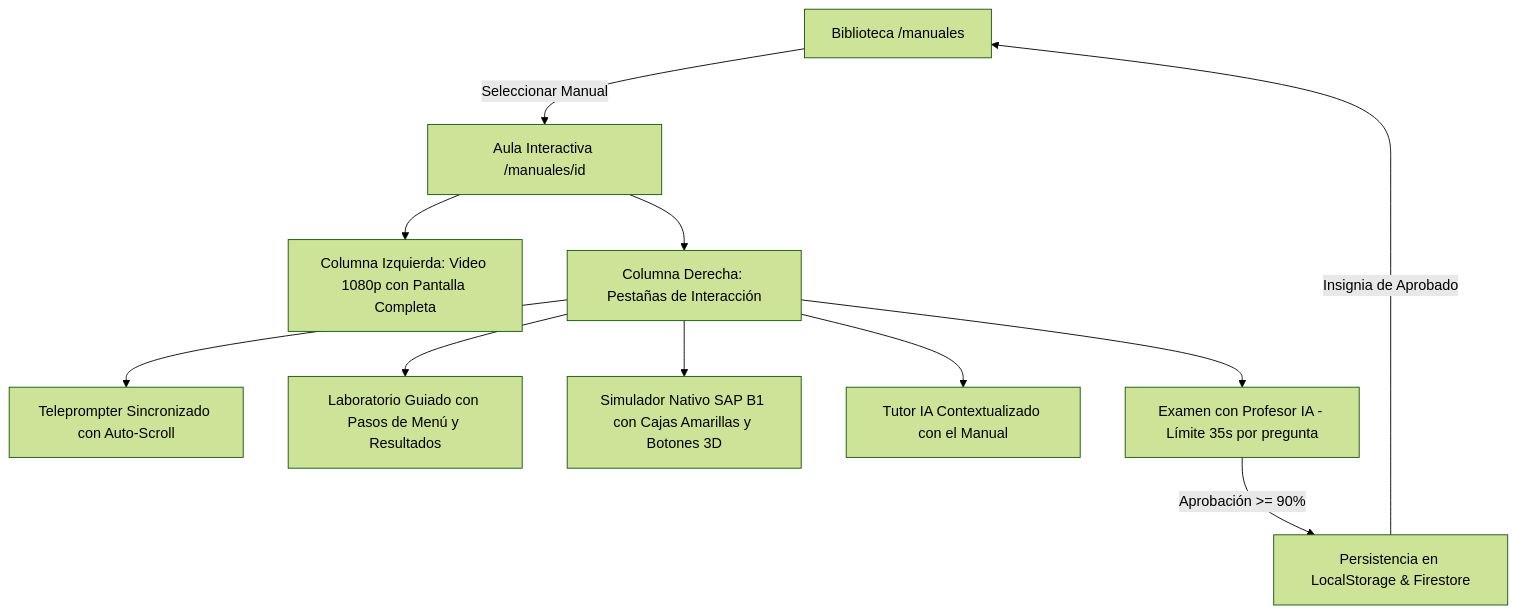
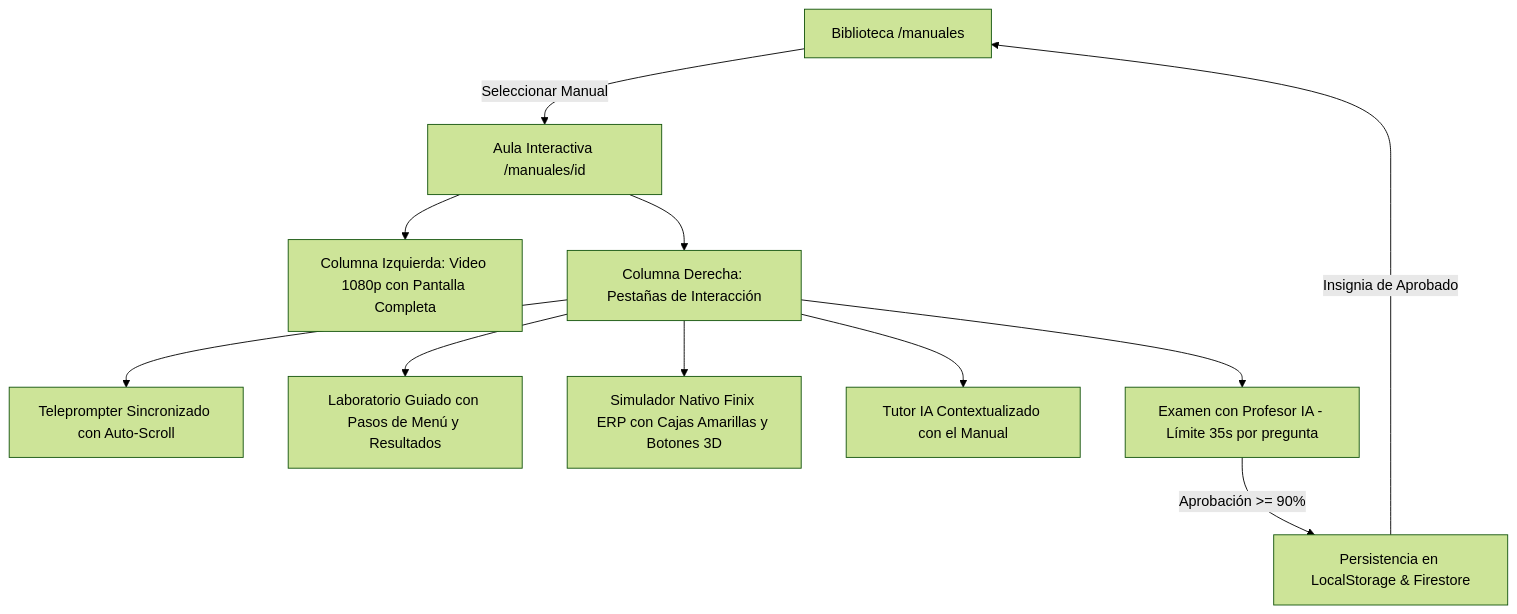
One commit to pablofgarciaf/B1-ACADEMY changed the second of 3 diagrams in docs/06_Manuales.md. Above: the diagram before and after it, drawn with Mermaid (forest theme). The commit also changed other lines of this file and 4125 other files, not shown here.

````diff
--- a/docs/06_Manuales.md
+++ b/docs/06_Manuales.md
@@ -97,15 +97,15 @@
 ```mermaid
 graph TD
     A[Biblioteca /manuales] -->|Seleccionar Manual| B[Aula Interactiva /manuales/id]
     B --> C[Columna Izquierda: Video 1080p con Pantalla Completa]
     B --> D[Columna Derecha: Pestañas de Interacción]
     
     D --> E[Teleprompter Sincronizado con Auto-Scroll]
     D --> F[Laboratorio Guiado con Pasos de Menú y Resultados]
-    D --> G[Simulador Nativo SAP B1 con Cajas Amarillas y Botones 3D]
+    D --> G[Simulador Nativo Finix ERP con Cajas Amarillas y Botones 3D]
     D --> H[Tutor IA Contextualizado con el Manual]
     D --> I[Examen con Profesor IA - Límite 35s por pregunta]
     
     I -->|Aprobación >= 90%| J[Persistencia en LocalStorage & Firestore]
     J -->|Insignia de Aprobado| A
 ```
````
